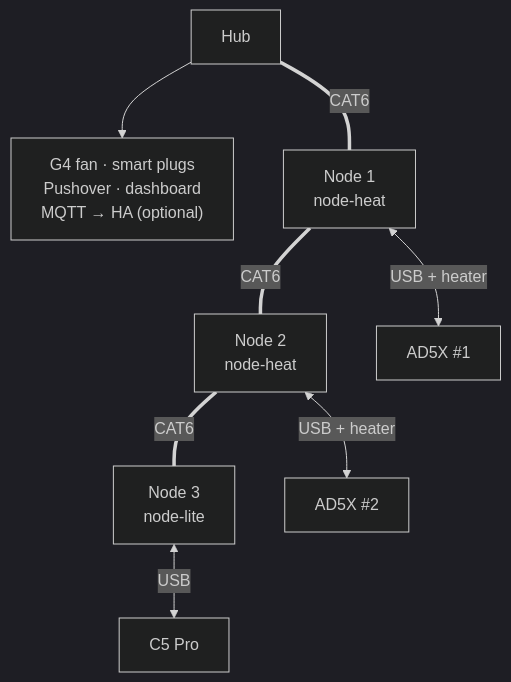
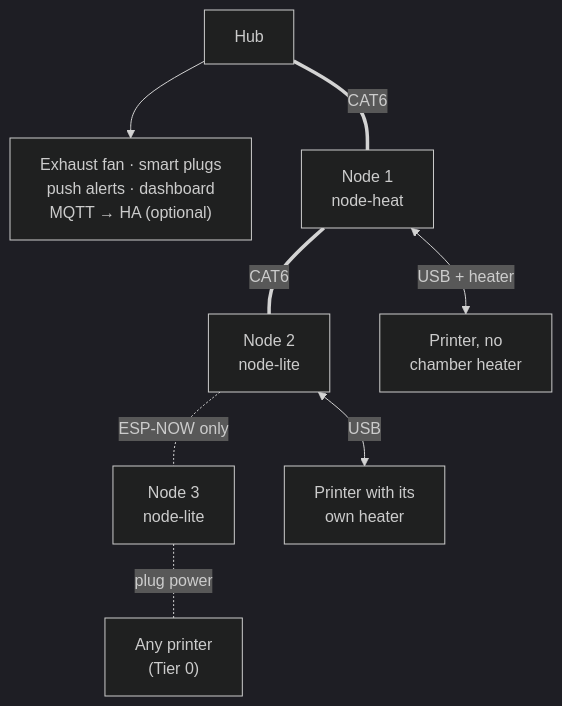
The diagram in README.md (BashfulBits/3dp-fleet-exhaust), drawn with Mermaid (dark theme) before and after one commit. The commit also changed other lines of this file and 40 other files, not shown here.

````diff
--- a/README.md
+++ b/README.md
@@ -22,11 +22,11 @@
 ```mermaid
 flowchart TB
   HUB["Hub"]
-  HUB --> SVC["G4 fan · smart plugs<br>Pushover · dashboard<br>MQTT → HA (optional)"]
+  HUB --> SVC["Exhaust fan · smart plugs<br>push alerts · dashboard<br>MQTT → HA (optional)"]
   HUB ===|"CAT6"| N1["Node 1<br>node-heat"]
-  N1 ===|"CAT6"| N2["Node 2<br>node-heat"]
-  N2 ===|"CAT6"| N3["Node 3<br>node-lite"]
-  N1 <-->|"USB + heater"| A1["AD5X #1"]
-  N2 <-->|"USB + heater"| A2["AD5X #2"]
-  N3 <-->|"USB"| C5["C5 Pro"]
+  N1 ===|"CAT6"| N2["Node 2<br>node-lite"]
+  N2 -.-|"ESP-NOW only"| N3["Node 3<br>node-lite"]
+  N1 <-->|"USB + heater"| P1["Printer, no<br>chamber heater"]
+  N2 <-->|"USB"| P2["Printer with its<br>own heater"]
+  N3 -.-|"plug power"| P3["Any printer<br>(Tier 0)"]
 ```
````
